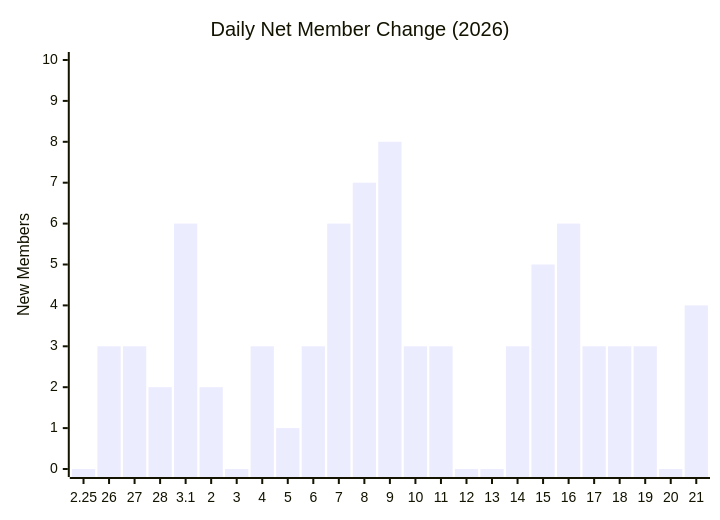
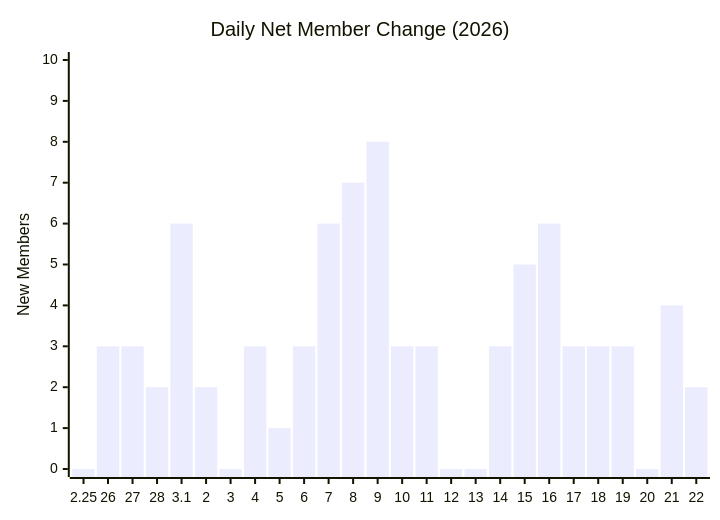
The third of 3 diagrams in exports/charts/daily-cumulative-member-tally-2026.md (MattSherwood/March-web), drawn with Mermaid before and after one commit. The commit also changed other lines of this file and 4 other files, not shown here.

````diff
--- a/exports/charts/daily-cumulative-member-tally-2026.md
+++ b/exports/charts/daily-cumulative-member-tally-2026.md
@@ -25,7 +25,7 @@
 ```mermaid
 xychart-beta
     title "Daily Net Member Change (2026)"
-    x-axis ["2.25", "26", "27", "28", "3.1", "2", "3", "4", "5", "6", "7", "8", "9", "10", "11", "12", "13", "14", "15", "16", "17", "18", "19", "20", "21"]
+    x-axis ["2.25", "26", "27", "28", "3.1", "2", "3", "4", "5", "6", "7", "8", "9", "10", "11", "12", "13", "14", "15", "16", "17", "18", "19", "20", "21", "22"]
     y-axis "New Members" 0 --> 10
-    bar [0, 3, 3, 2, 6, 2, 0, 3, 1, 3, 6, 7, 8, 3, 3, 0, 0, 3, 5, 6, 3, 3, 3, 0, 4]
+    bar [0, 3, 3, 2, 6, 2, 0, 3, 1, 3, 6, 7, 8, 3, 3, 0, 0, 3, 5, 6, 3, 3, 3, 0, 4, 2]
 ```
````
